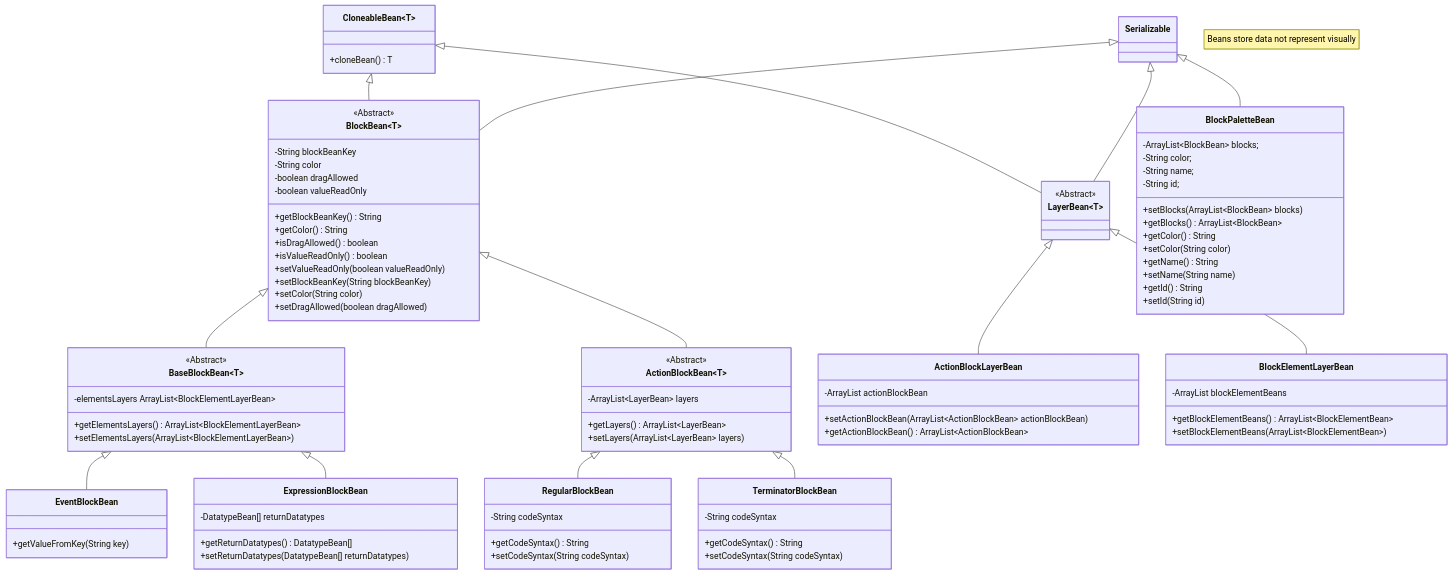
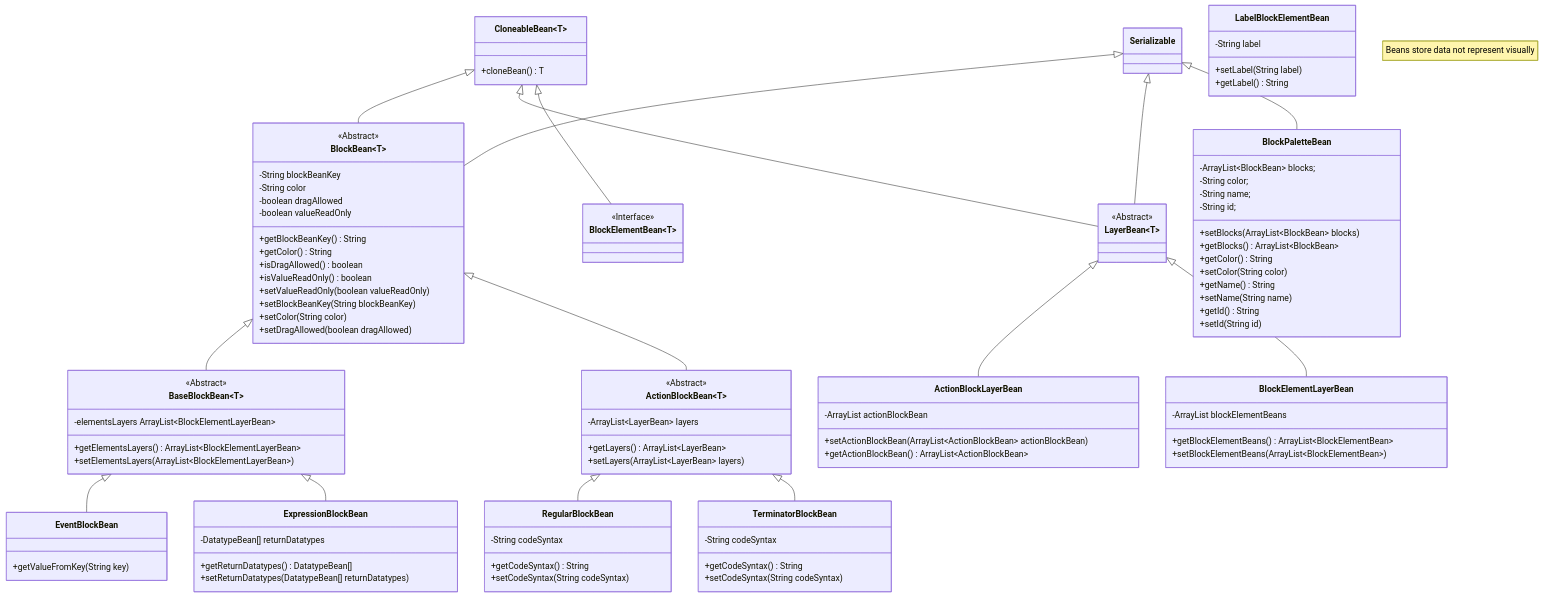
The diagram in docs/beans-classes.md (Innovative-CST/AndroidAppStudio), drawn with Mermaid before and after one commit.

Commit message:
doc(uml): add UML of BlockElementBean

````diff
--- a/docs/beans-classes.md
+++ b/docs/beans-classes.md
@@ -113,4 +113,17 @@
         +setId(String id)
     }
     Serializable <|-- BlockPaletteBean
+
+    class BlockElementBean~T~ {
+        <<Interface>>
+    }
+    CloneableBean~T~ <|-- BlockElementBean~T~
+
+    class LabelBlockElementBean {
+        -String label
+
+        +setLabel(String label)
+        +getLabel() String
+    }
+
 ```
````
